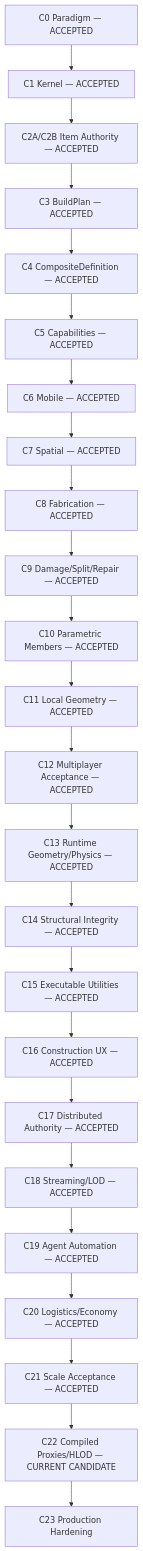
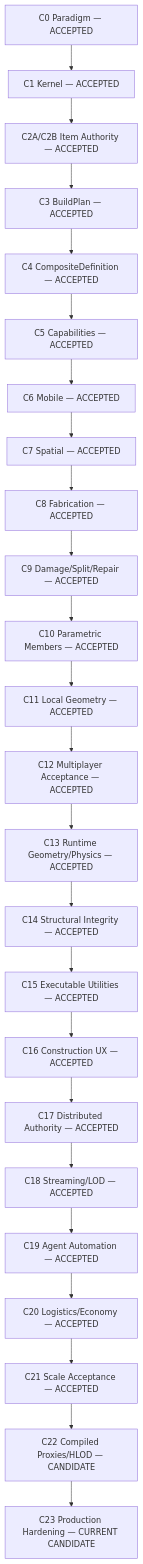
Before and after one commit to rootfabric/distributed-world-simulator: the diagram in docs/plans/CONSTRUCTION_MAP_RU.md, drawn with Mermaid. The commit also changed other lines of this file and 42 other files, not shown here.

Commit message:
chore(construction): checkpoint C23 production hardening candidate

````diff
--- a/docs/plans/CONSTRUCTION_MAP_RU.md
+++ b/docs/plans/CONSTRUCTION_MAP_RU.md
@@ -42,26 +43,26 @@
 ```mermaid
 flowchart TD
     C0["C0 Paradigm — ACCEPTED"] --> C1["C1 Kernel — ACCEPTED"]
     C1 --> C2["C2A/C2B Item Authority — ACCEPTED"]
     C2 --> C3["C3 BuildPlan — ACCEPTED"]
     C3 --> C4["C4 CompositeDefinition — ACCEPTED"]
     C4 --> C5["C5 Capabilities — ACCEPTED"]
     C5 --> C6["C6 Mobile — ACCEPTED"]
     C6 --> C7["C7 Spatial — ACCEPTED"]
     C7 --> C8["C8 Fabrication — ACCEPTED"]
     C8 --> C9["C9 Damage/Split/Repair — ACCEPTED"]
     C9 --> C10["C10 Parametric Members — ACCEPTED"]
     C10 --> C11["C11 Local Geometry — ACCEPTED"]
     C11 --> C12["C12 Multiplayer Acceptance — ACCEPTED"]
     C12 --> C13["C13 Runtime Geometry/Physics — ACCEPTED"]
     C13 --> C14["C14 Structural Integrity — ACCEPTED"]
     C14 --> C15["C15 Executable Utilities — ACCEPTED"]
     C15 --> C16["C16 Construction UX — ACCEPTED"]
     C16 --> C17["C17 Distributed Authority — ACCEPTED"]
     C17 --> C18["C18 Streaming/LOD — ACCEPTED"]
     C18 --> C19["C19 Agent Automation — ACCEPTED"]
     C19 --> C20["C20 Logistics/Economy — ACCEPTED"]
     C20 --> C21["C21 Scale Acceptance — ACCEPTED"]
-    C21 --> C22["C22 Compiled Proxies/HLOD — CURRENT CANDIDATE"]
-    C22 --> C23["C23 Production Hardening"]
+    C21 --> C22["C22 Compiled Proxies/HLOD — CANDIDATE"]
+    C22 --> C23["C23 Production Hardening — CURRENT CANDIDATE"]
 ```
````
